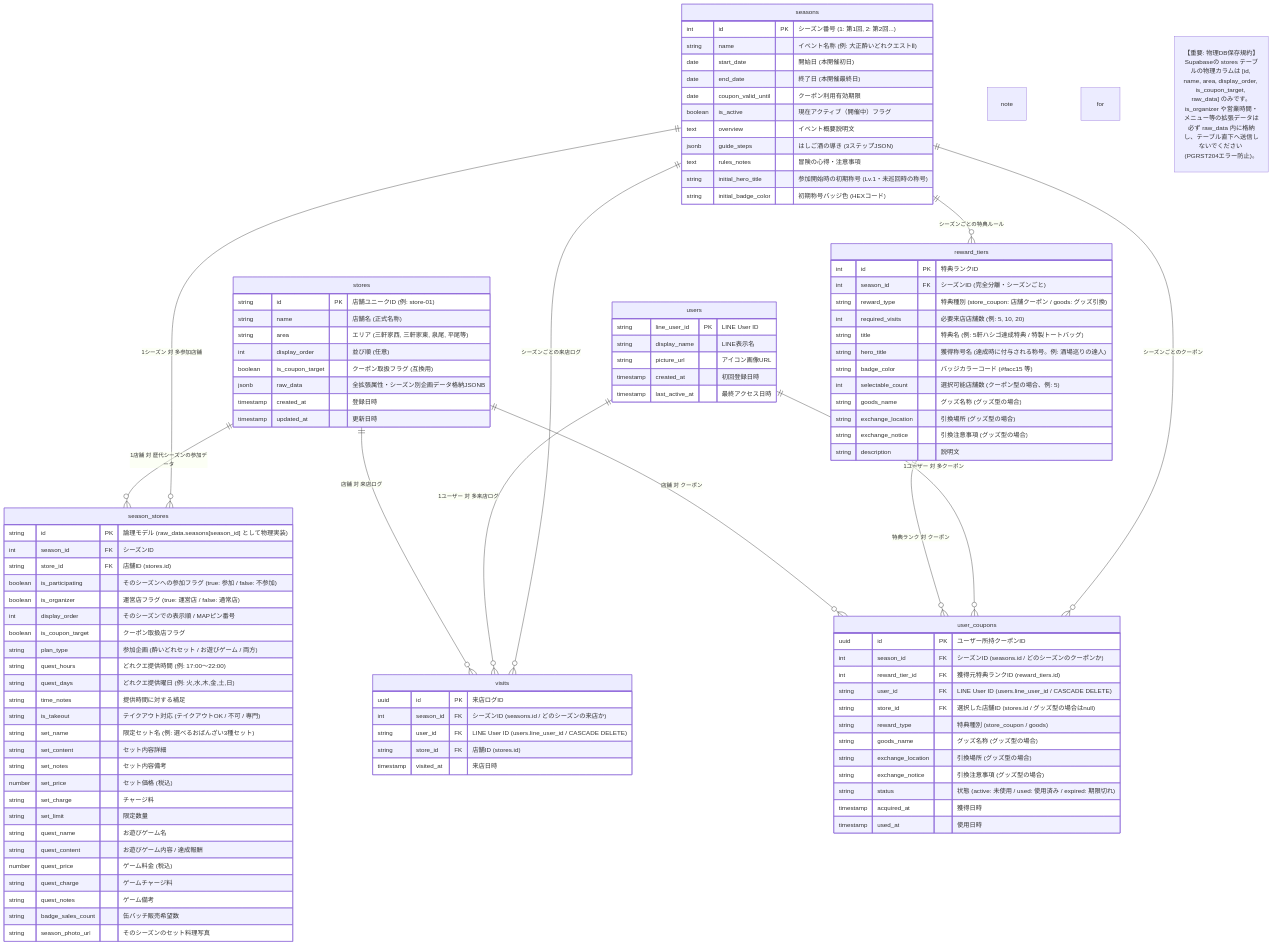
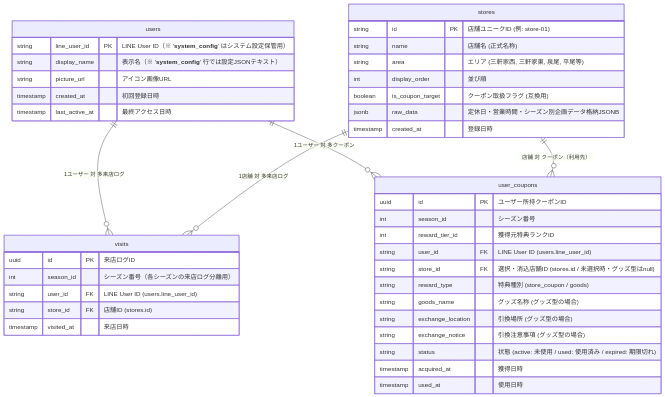
One commit to taishoyoidore-ui/yoidore-quest2 changed the third of 5 diagrams in SPECIFICATION.md. Above: the diagram before and after it, drawn with Mermaid. The commit also changed other lines of this file and 3 other files, not shown here.

````diff
--- a/SPECIFICATION.md
+++ b/SPECIFICATION.md
@@ -132,33 +252,13 @@
 ```mermaid
 erDiagram
-    seasons ||--o{ season_stores : "1シーズン 対 多参加店舗"
-    stores ||--o{ season_stores : "1店舗 対 歴代シーズンの参加データ"
-    seasons ||--o{ reward_tiers : "シーズンごとの特典ルール"
-    seasons ||--o{ visits : "シーズンごとの来店ログ"
     users ||--o{ visits : "1ユーザー 対 多来店ログ"
-    stores ||--o{ visits : "店舗 対 来店ログ"
-    seasons ||--o{ user_coupons : "シーズンごとのクーポン"
+    stores ||--o{ visits : "1店舗 対 多来店ログ"
     users ||--o{ user_coupons : "1ユーザー 対 多クーポン"
-    reward_tiers ||--o{ user_coupons : "特典ランク 対 クーポン"
-    stores ||--o{ user_coupons : "店舗 対 クーポン"
-
-    seasons {
-        int id PK "シーズン番号 (1: 第1回, 2: 第2回...)"
-        string name "イベント名称 (例: 大正酔いどれクエストⅡ)"
-        date start_date "開始日 (本開催初日)"
-        date end_date "終了日 (本開催最終日)"
-        date coupon_valid_until "クーポン利用有効期限"
-        boolean is_active "現在アクティブ（開催中）フラグ"
-        text overview "イベント概要説明文"
-        jsonb guide_steps "はしご酒の導き (3ステップJSON)"
-        text rules_notes "冒険の心得・注意事項"
-        string initial_hero_title "参加開始時の初期称号 (Lv.1・未巡回時の称号)"
-        string initial_badge_color "初期称号バッジ色 (HEXコード)"
-    }
+    stores ||--o{ user_coupons : "店舗 対 クーポン（利用先）"
 
     users {
-        string line_user_id PK "LINE User ID"
-        string display_name "LINE表示名"
+        string line_user_id PK "LINE User ID（※ '__system_config__' はシステム設定保管用）"
+        string display_name "表示名（※ '__system_config__' 行では設定JSONテキスト）"
         string picture_url "アイコン画像URL"
         timestamp created_at "初回登録日時"
         timestamp last_active_at "最終アクセス日時"
@@ -168,73 +268,26 @@
         string id PK "店舗ユニークID (例: store-01)"
         string name "店舗名 (正式名称)"
         string area "エリア (三軒家西, 三軒家東, 泉尾, 平尾等)"
-        int display_order "並び順 (任意)"
+        int display_order "並び順"
         boolean is_coupon_target "クーポン取扱フラグ (互換用)"
-        jsonb raw_data "全拡張属性・シーズン別企画データ格納JSONB"
+        jsonb raw_data "定休日・営業時間・シーズン別企画データ格納JSONB"
         timestamp created_at "登録日時"
-        timestamp updated_at "更新日時"
-    }
-
-    season_stores {
-        string id PK "論理モデル (raw_data.seasons[season_id] として物理実装)"
-        int season_id FK "シーズンID"
-        string store_id FK "店舗ID (stores.id)"
-        boolean is_participating "そのシーズンへの参加フラグ (true: 参加 / false: 不参加)"
-        boolean is_organizer "運営店フラグ (true: 運営店 / false: 通常店)"
-        int display_order "そのシーズンでの表示順 / MAPピン番号"
-        boolean is_coupon_target "クーポン取扱店フラグ"
-        string plan_type "参加企画 (酔いどれセット / お遊びゲーム / 両方)"
-        string quest_hours "どれクエ提供時間 (例: 17:00〜22:00)"
-        string quest_days "どれクエ提供曜日 (例: 火,水,木,金,土,日)"
-        string time_notes "提供時間に対する補足"
-        string is_takeout "テイクアウト対応 (テイクアウトOK / 不可 / 専門)"
-        string set_name "限定セット名 (例: 選べるおばんざい3種セット)"
-        string set_content "セット内容詳細"
-        string set_notes "セット内容備考"
-        number set_price "セット価格 (税込)"
-        string set_charge "チャージ料"
-        string set_limit "限定数量"
-        string quest_name "お遊びゲーム名"
-        string quest_content "お遊びゲーム内容 / 達成報酬"
-        number quest_price "ゲーム料金 (税込)"
-        string quest_charge "ゲームチャージ料"
-        string quest_notes "ゲーム備考"
-        string badge_sales_count "缶バッチ販売希望数"
-        string season_photo_url "そのシーズンのセット料理写真"
-    }
-
-    note for stores "【重要: 物理DB保存規約】<br/>Supabaseの stores テーブルの物理カラムは [id, name, area, display_order, is_coupon_target, raw_data] のみです。<br/>is_organizer や営業時間・メニュー等の拡張データは必ず raw_data 内に格納し、テーブル直下へ送信しないでください (PGRST204エラー防止)。"
-
-
-    reward_tiers {
-        int id PK "特典ランクID"
-        int season_id FK "シーズンID (完全分離・シーズンごと)"
-        string reward_type "特典種別 (store_coupon: 店舗クーポン / goods: グッズ引換)"
-        int required_visits "必要来店店舗数 (例: 5, 10, 20)"
-        string title "特典名 (例: 5軒ハシゴ達成特典 / 特製トートバッグ)"
-        string hero_title "獲得称号名 (達成時に付与される称号。例: 酒場巡りの達人)"
-        string badge_color "バッジカラーコード (#facc15 等)"
-        int selectable_count "選択可能店舗数 (クーポン型の場合、例: 5)"
-        string goods_name "グッズ名称 (グッズ型の場合)"
-        string exchange_location "引換場所 (グッズ型の場合)"
-        string exchange_notice "引換注意事項 (グッズ型の場合)"
-        string description "説明文"
     }
 
     visits {
         uuid id PK "来店ログID"
-        int season_id FK "シーズンID (seasons.id / どのシーズンの来店か)"
-        string user_id FK "LINE User ID (users.line_user_id / CASCADE DELETE)"
+        int season_id "シーズン番号（各シーズンの来店ログ分離用）"
+        string user_id FK "LINE User ID (users.line_user_id)"
         string store_id FK "店舗ID (stores.id)"
         timestamp visited_at "来店日時"
     }
 
     user_coupons {
         uuid id PK "ユーザー所持クーポンID"
-        int season_id FK "シーズンID (seasons.id / どのシーズンのクーポンか)"
-        int reward_tier_id FK "獲得元特典ランクID (reward_tiers.id)"
-        string user_id FK "LINE User ID (users.line_user_id / CASCADE DELETE)"
-        string store_id FK "選択した店舗ID (stores.id / グッズ型の場合はnull)"
+        int season_id "シーズン番号"
+        int reward_tier_id "獲得元特典ランクID"
+        string user_id FK "LINE User ID (users.line_user_id)"
+        string store_id FK "選択・消込店舗ID (stores.id / 未選択時・グッズ型はnull)"
         string reward_type "特典種別 (store_coupon / goods)"
         string goods_name "グッズ名称 (グッズ型の場合)"
         string exchange_location "引換場所 (グッズ型の場合)"
````
